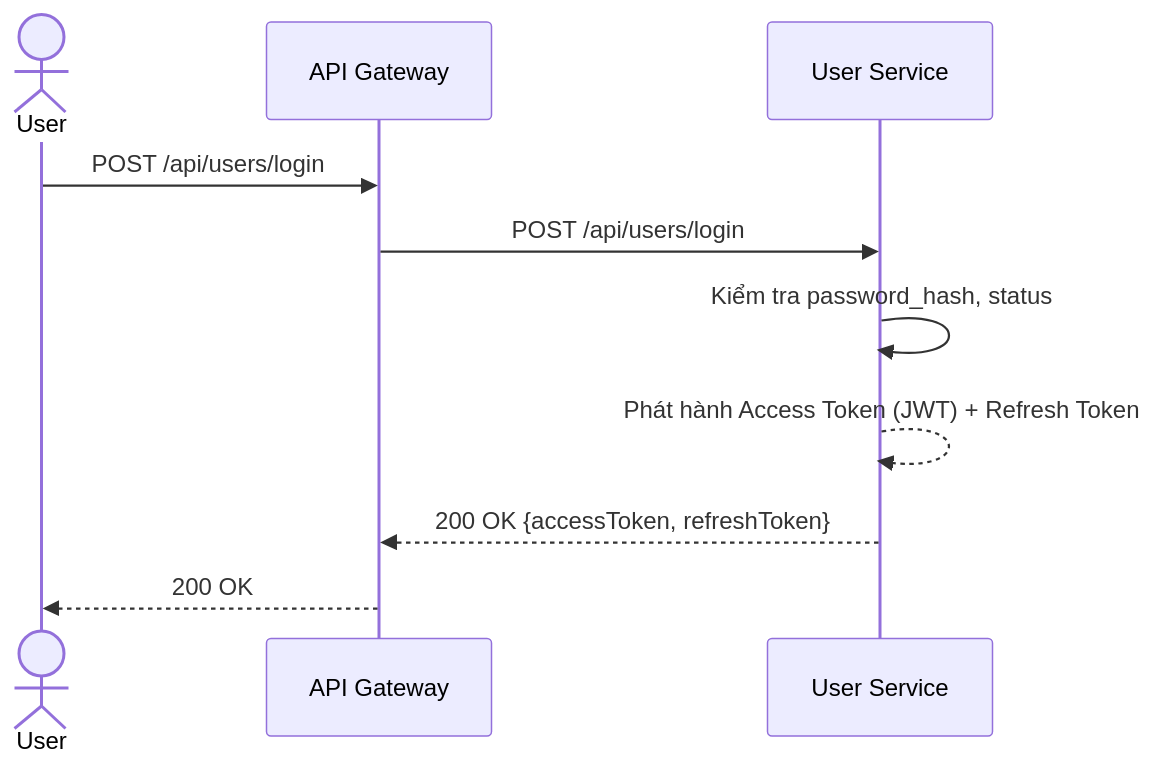
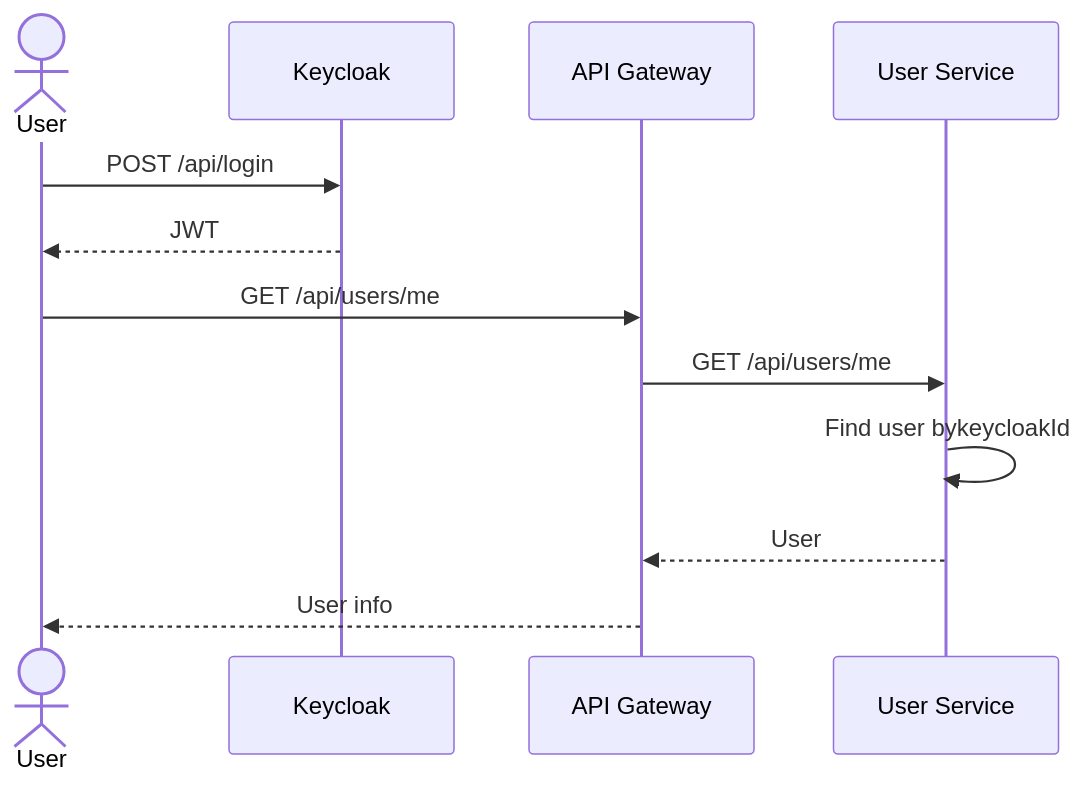
Before and after one commit to dqminh2411/hotel-booking-system: the third of 6 diagrams in docs/ad_user_service.md, drawn with Mermaid. The commit also changed other lines of this file and 35 other files, not shown here.

Commit message:
feat(user-servcice):  Chỉnh sửa lại doc, User service DB, controller, service,repo phù hợp với luồng hoạt động keycloak

````diff
--- a/docs/ad_user_service.md
+++ b/docs/ad_user_service.md
@@ -295,12 +212,14 @@
 ```mermaid
 sequenceDiagram
     actor U as User
+    participant KC as Keycloak
     participant GW as API Gateway
     participant US as User Service
-    U->>GW: POST /api/users/login
-    GW->>US: POST /api/users/login
-    US->>US: Kiểm tra password_hash, status
-    US-->>US: Phát hành Access Token (JWT) + Refresh Token
-    US-->>GW: 200 OK {accessToken, refreshToken}
-    GW-->>U: 200 OK
+    U->>KC: POST /api/login
+    KC-->>U: JWT
+    U->>GW: GET /api/users/me
+    GW->>US: GET /api/users/me
+    US->>US: Find user bykeycloakId
+    US-->>GW: User
+    GW -->>U: User info
 ```
````
